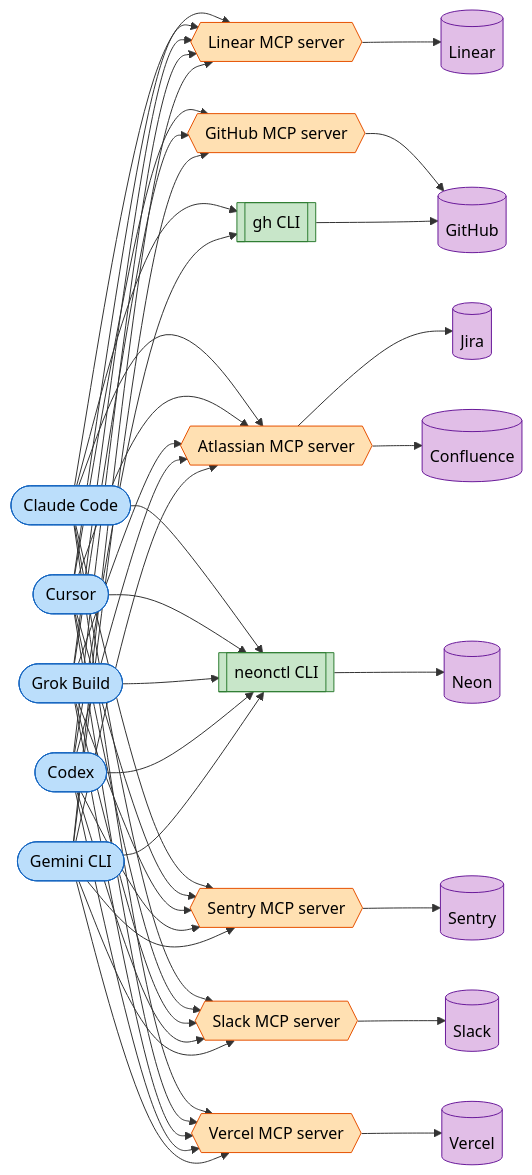
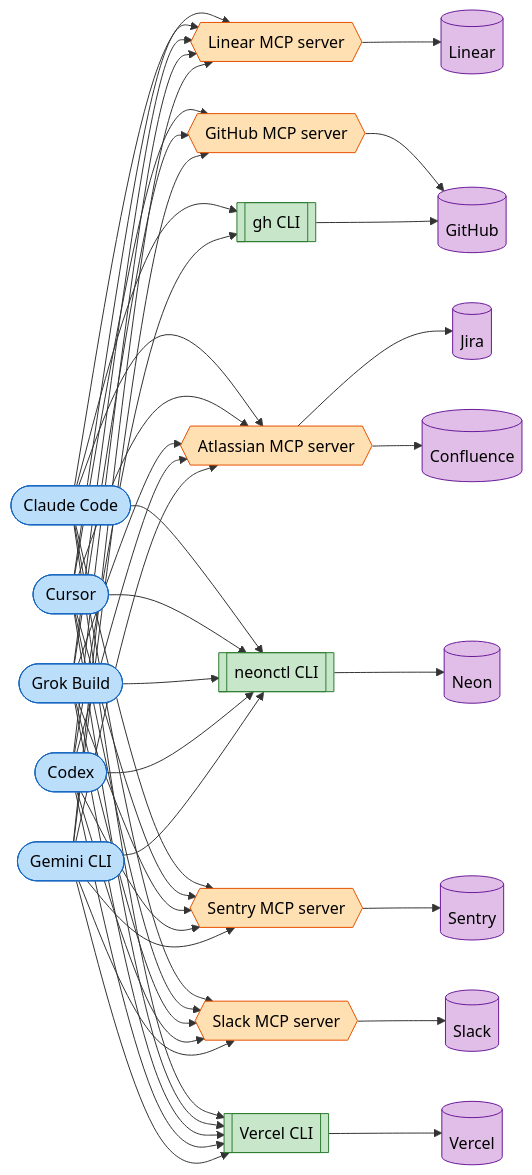
One commit to alephic-ai/foac changed the first of 2 diagrams in README.md. Above: the diagram before and after it, drawn with Mermaid.

Commit message:
docs: show Vercel CLI in architecture

````diff
--- a/README.md
+++ b/README.md
@@ -19,24 +19,24 @@
 ```mermaid
 graph LR
-    CC([Claude Code]) --> LMCP & GHCLI & AMCP & NCLI & SMCP & SLMCP & VMCP
-    CU([Cursor]) --> LMCP & GHMCP & AMCP & NCLI & SMCP & SLMCP & VMCP
-    GRK([Grok Build]) --> LMCP & GHMCP & AMCP & NCLI & SMCP & SLMCP & VMCP
-    CX([Codex]) --> LMCP & GHCLI & AMCP & NCLI & SMCP & SLMCP & VMCP
-    GEM([Gemini CLI]) --> LMCP & GHMCP & AMCP & NCLI & SMCP & SLMCP & VMCP
+    CC([Claude Code]) --> LMCP & GHCLI & AMCP & NCLI & SMCP & SLMCP & VCLI
+    CU([Cursor]) --> LMCP & GHMCP & AMCP & NCLI & SMCP & SLMCP & VCLI
+    GRK([Grok Build]) --> LMCP & GHMCP & AMCP & NCLI & SMCP & SLMCP & VCLI
+    CX([Codex]) --> LMCP & GHCLI & AMCP & NCLI & SMCP & SLMCP & VCLI
+    GEM([Gemini CLI]) --> LMCP & GHMCP & AMCP & NCLI & SMCP & SLMCP & VCLI
     LMCP{{Linear MCP server}} --> Linear[(Linear)]
     GHMCP{{GitHub MCP server}} --> GitHub[(GitHub)]
     GHCLI[[gh CLI]] --> GitHub
     AMCP{{Atlassian MCP server}} --> Jira[(Jira)] & Confluence[(Confluence)]
     NCLI[[neonctl CLI]] --> Neon[(Neon)]
     SMCP{{Sentry MCP server}} --> Sentry[(Sentry)]
     SLMCP{{Slack MCP server}} --> Slack[(Slack)]
-    VMCP{{Vercel MCP server}} --> Vercel[(Vercel)]
+    VCLI[[Vercel CLI]] --> Vercel[(Vercel)]
     classDef harness fill:#bbdefb,stroke:#1565c0,color:#000
     classDef mcp fill:#ffe0b2,stroke:#e65100,color:#000
     classDef cli fill:#c8e6c9,stroke:#2e7d32,color:#000
     classDef provider fill:#e1bee7,stroke:#6a1b9a,color:#000
     class CC,CU,GRK,CX,GEM harness
-    class LMCP,GHMCP,AMCP,SMCP,SLMCP,VMCP mcp
-    class GHCLI,NCLI cli
+    class LMCP,GHMCP,AMCP,SMCP,SLMCP mcp
+    class GHCLI,NCLI,VCLI cli
     class Linear,GitHub,Jira,Confluence,Neon,Sentry,Slack,Vercel provider
 ```
````
